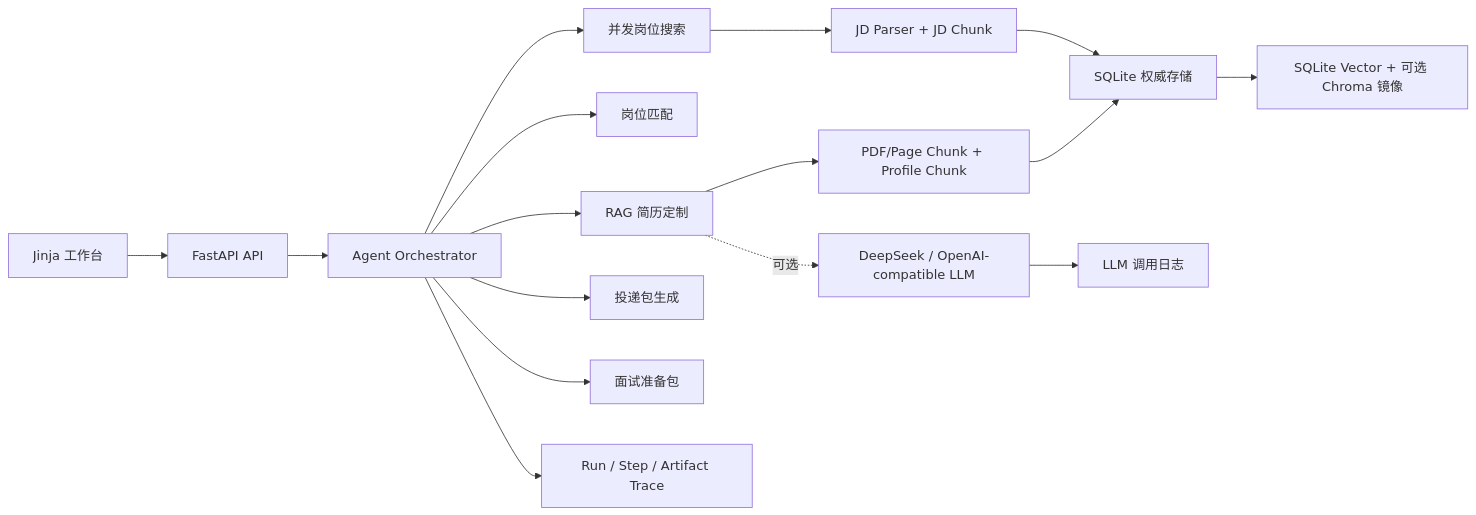
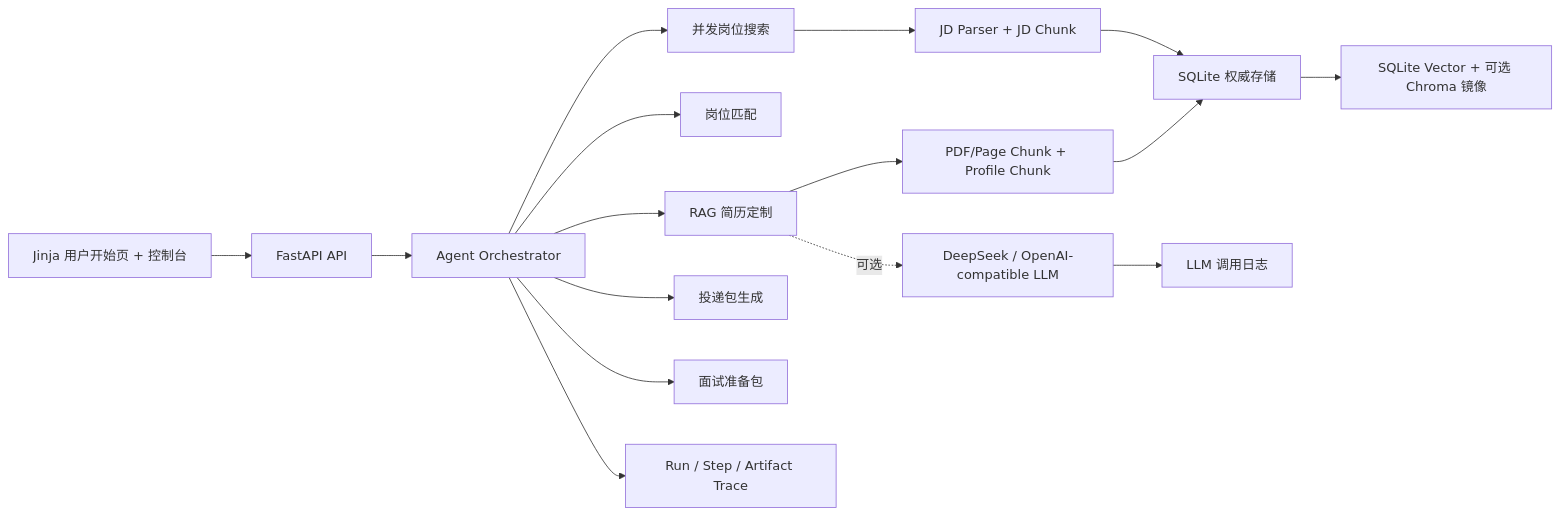
Before and after one commit to Yonhen233/CareerAgent: the diagram in README.md, drawn with Mermaid. The commit also changed other lines of this file and 22 other files, not shown here.

````diff
--- a/README.md
+++ b/README.md
@@ -73,18 +74,18 @@
 ```mermaid
 flowchart LR
-    UI["Jinja 工作台"] --> API["FastAPI API"]
+    UI["Jinja 用户开始页 + 控制台"] --> API["FastAPI API"]
     API --> Agent["Agent Orchestrator"]
     Agent --> Search["并发岗位搜索"]
     Agent --> Match["岗位匹配"]
     Agent --> Tailor["RAG 简历定制"]
     Agent --> Apply["投递包生成"]
     Agent --> Interview["面试准备包"]
     Search --> JD["JD Parser + JD Chunk"]
     Tailor --> Resume["PDF/Page Chunk + Profile Chunk"]
     JD --> SQLite["SQLite 权威存储"]
     Resume --> SQLite
     SQLite --> Vector["SQLite Vector + 可选 Chroma 镜像"]
     Tailor -.可选.-> LLM["DeepSeek / OpenAI-compatible LLM"]
     LLM --> Debug["LLM 调用日志"]
     Agent --> Trace["Run / Step / Artifact Trace"]
 ```
````
